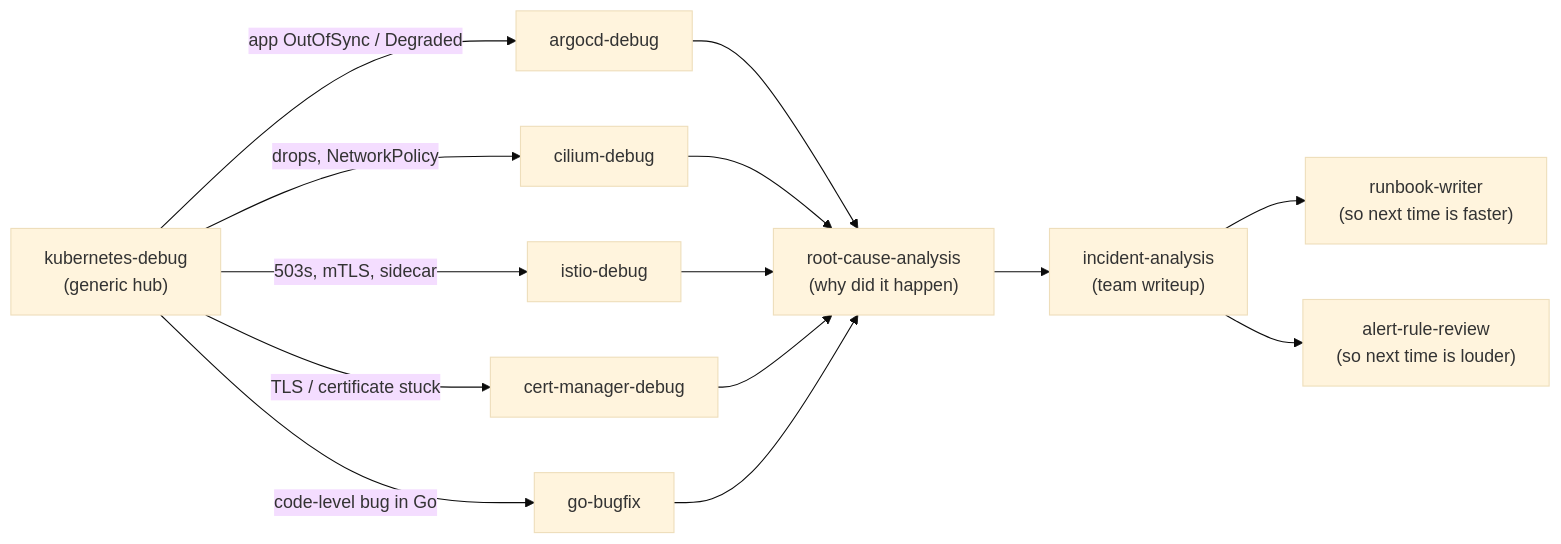
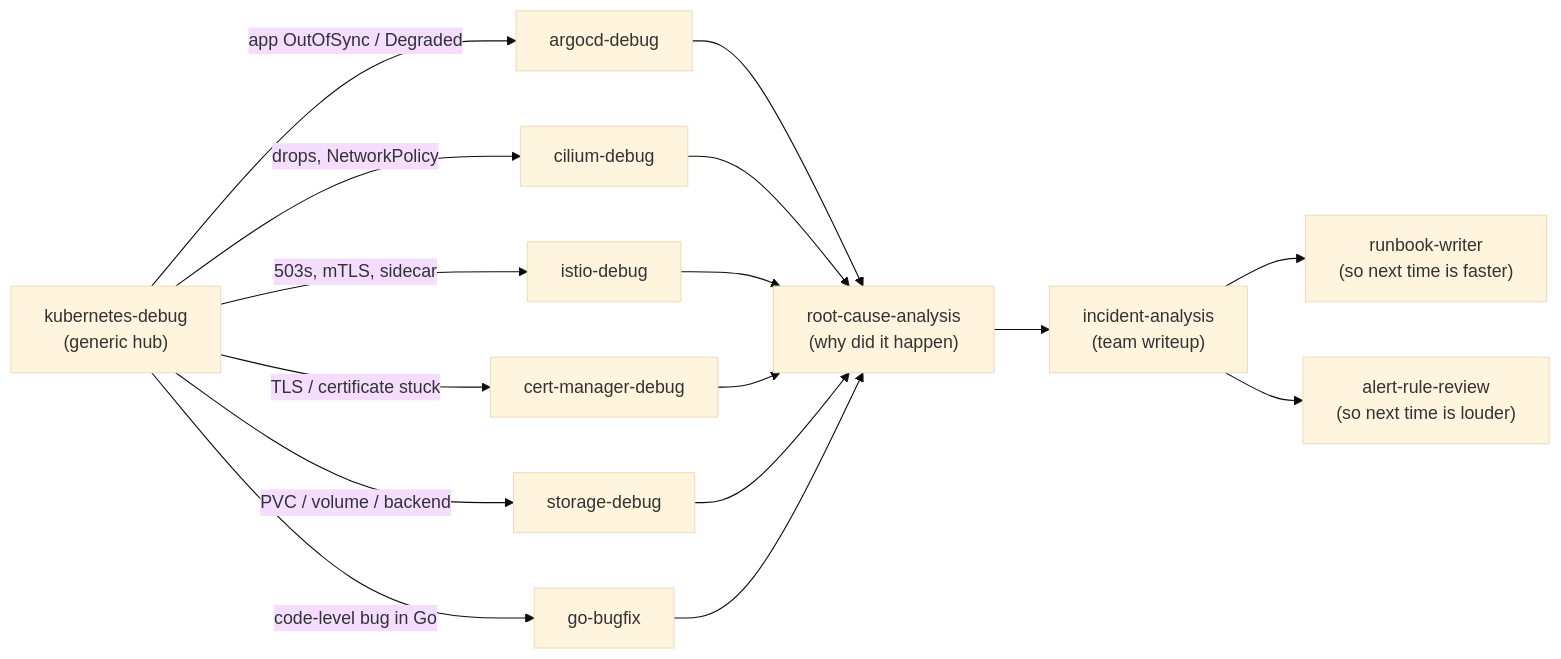
The second of 6 diagrams in docs/skill-map.md (abevz/devops-skills), drawn with Mermaid (base theme) before and after one commit. The commit also changed other lines of this file and 6 other files, not shown here.

Commit message:
feat: add storage-debug skill (PVC/attach/mount playbooks, Longhorn/Ceph backends; S17)

````diff
--- a/docs/skill-map.md
+++ b/docs/skill-map.md
@@ -26,13 +26,14 @@
 ```mermaid
 flowchart LR
     KD["kubernetes-debug<br/>(generic hub)"]
     KD -->|"app OutOfSync / Degraded"| AD["argocd-debug"]
     KD -->|"drops, NetworkPolicy"| CD["cilium-debug"]
     KD -->|"503s, mTLS, sidecar"| ID["istio-debug"]
     KD -->|"TLS / certificate stuck"| CMD["cert-manager-debug"]
+    KD -->|"PVC / volume / backend"| SD["storage-debug"]
     KD -->|"code-level bug in Go"| GB["go-bugfix"]
-    AD & CD & ID & CMD & GB --> RCA["root-cause-analysis<br/>(why did it happen)"]
+    AD & CD & ID & CMD & SD & GB --> RCA["root-cause-analysis<br/>(why did it happen)"]
     RCA --> IA["incident-analysis<br/>(team writeup)"]
     IA --> RW["runbook-writer<br/>(so next time is faster)"]
     IA --> ARR["alert-rule-review<br/>(so next time is louder)"]
 ```
````
